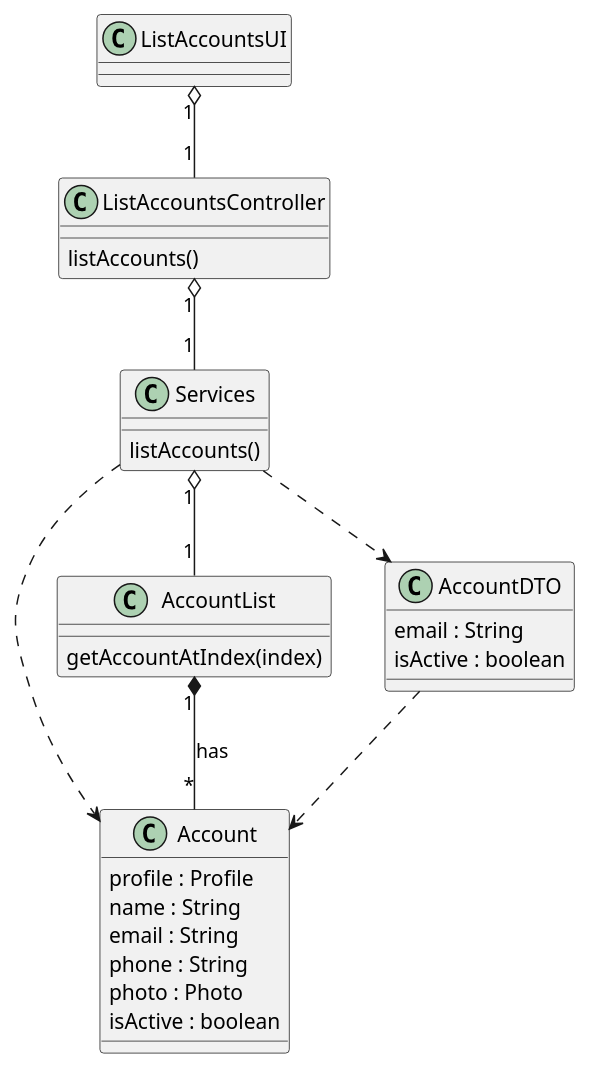
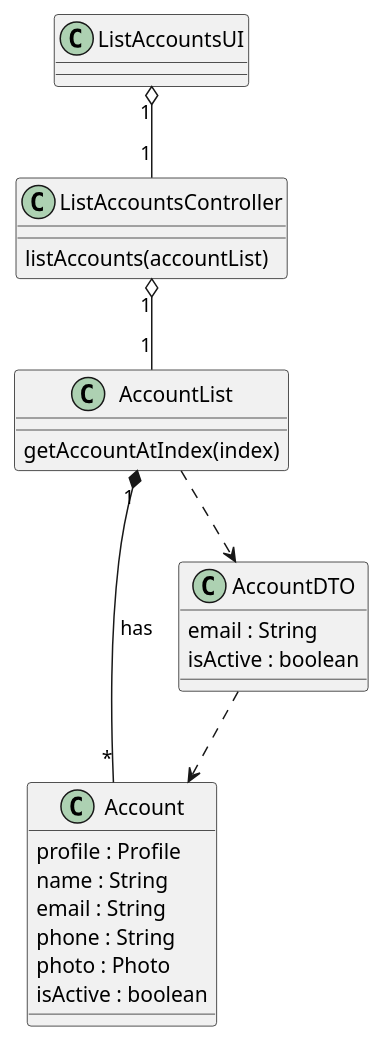
The diagram in docs/modelling_design/user_stories/us004/US004_ListAllAccountsAndStatusCD.puml (ivo-menezes/project_g3), drawn with PlantUML before and after one commit. The commit also changed 1 other file, not shown here.

```diff
--- a/docs/modelling_design/user_stories/us004/US004_ListAllAccountsAndStatusCD.puml
+++ b/docs/modelling_design/user_stories/us004/US004_ListAllAccountsAndStatusCD.puml
@@ -1,42 +1,36 @@
 @startuml
 
 class ListAccountsUI {}
 
 class ListAccountsController{
-'services : Services
-listAccounts()
+'accounts: List<Account>
+listAccounts(accountList)
 }
 
-class Services {
-'accountList : AccountList
-listAccounts()
-}
 
 class Account {
 profile : Profile
 name : String
 email : String
 phone : String
 photo : Photo
 isActive : boolean
 }
 
 class AccountList {
 'accounts: List<Account>
 getAccountAtIndex(index)
 }
 
 class AccountDTO {
 email : String
 isActive : boolean
 }
 
 AccountList "1" *-- "*" Account : has
-Services ..> Account
-Services "1" o-- "1" AccountList
-ListAccountsController "1" o-- "1" Services
+ListAccountsController "1" o-- "1" AccountList
 ListAccountsUI "1" o-- "1" ListAccountsController
-Services ..> AccountDTO
+AccountList ..> AccountDTO
 AccountDTO ..> Account
 
 @enduml
```
